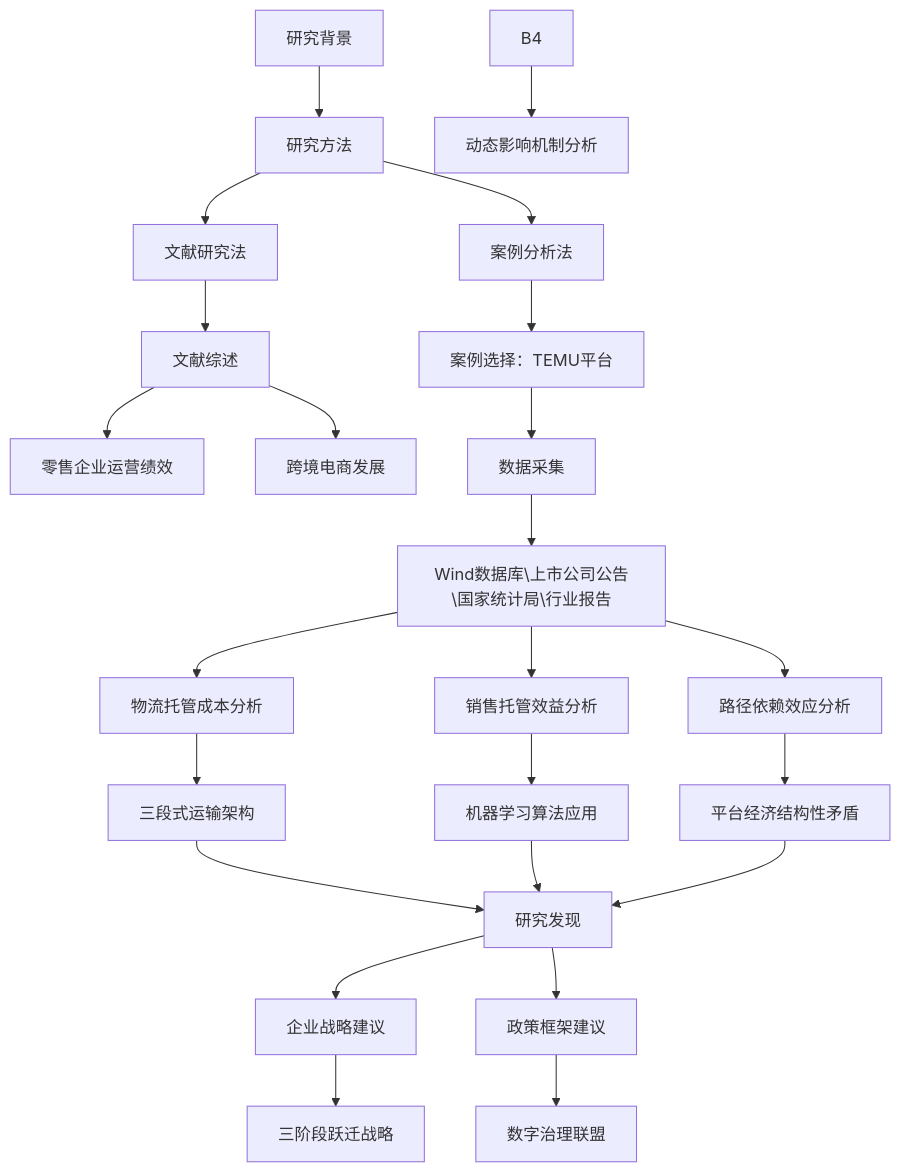
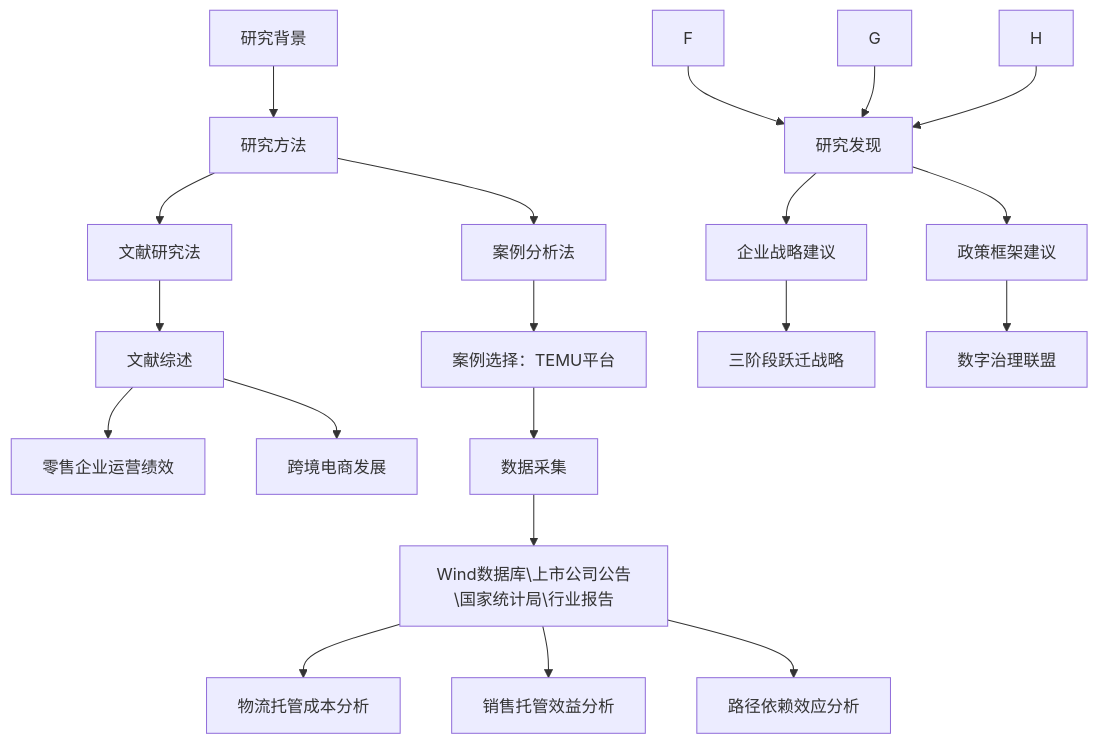
Before and after one commit to Zora0203/iodraw-files: the diagram in all/未命名.md, drawn with Mermaid.

Commit message:
2025-03-02 19:28:42 update

````diff
--- a/all/未命名.md
+++ b/all/未命名.md
@@ -1,36 +1,31 @@
 ```mermaid
 graph TD
     A[研究背景] --> B[研究方法]
     B --> B1[文献研究法]
     B --> B2[案例分析法]
 
  
     
     B1 --> C[文献综述]
     C --> C1[零售企业运营绩效]
     C --> C2[跨境电商发展]
 
     
     B2 --> D[案例选择：TEMU平台]
     D --> D1[数据采集]
     D1 --> D11[Wind数据库\上市公司公告\国家统计局\行业报告]
 
     
-    B4 --> E[动态影响机制分析]
     D11--> E1[物流托管成本分析]
    D11 --> E2[销售托管效益分析]
     D11 --> E3[路径依赖效应分析]
-    
-    E1 --> F[三段式运输架构]
-    E2 --> G[机器学习算法应用]
-    E3 --> H[平台经济结构性矛盾]
-    
+
     F & G & H --> I[研究发现]
     I --> J[企业战略建议]
     I --> K[政策框架建议]
     
     J --> J1[三阶段跃迁战略]
     K --> K1[数字治理联盟]
     
 
 ```
````
